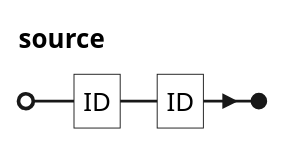
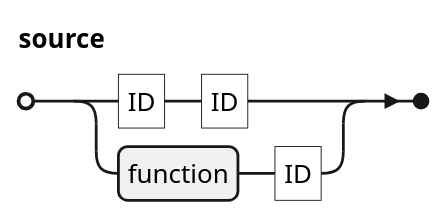
Before and after one commit to koryki-java/core: the diagram in docs/kql/source.plantuml, drawn with PlantUML. The commit also changed 5 other files, not shown here.

```diff
--- a/docs/kql/source.plantuml
+++ b/docs/kql/source.plantuml
@@ -1,11 +1,12 @@
 @startebnf
 ' border and background
 skinparam legendBorderColor transparent
 skinparam legendBackgroundColor white
 
 'title source
 
 source =
     "ID", "ID"
+  | function, "ID"
 ;
 @endebnf
```
